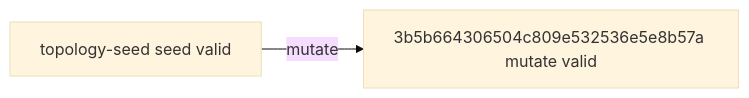
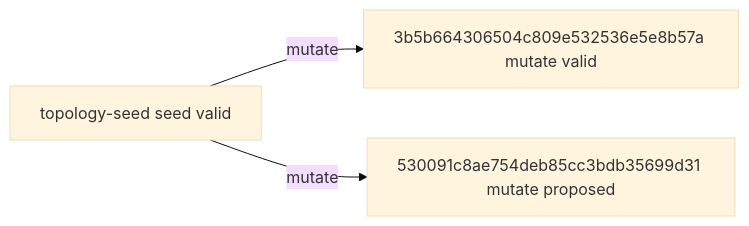
One commit to timbtz/feyer-search-lab changed the diagram in experiments/campaigns/layout-numerical-lane1/README.md. Above: the diagram before and after it, drawn with Mermaid (base theme). The commit also changed other lines of this file and 7 other files, not shown here.

````diff
--- a/experiments/campaigns/layout-numerical-lane1/README.md
+++ b/experiments/campaigns/layout-numerical-lane1/README.md
@@ -21,6 +21,8 @@
 ```mermaid
 graph LR
   n0["topology-seed seed valid"]
   n1["3b5b664306504c809e532536e5e8b57a mutate valid"]
+  n2["530091c8ae754deb85cc3bdb35699d31 mutate proposed"]
   n0 -->|mutate| n1
+  n0 -->|mutate| n2
 ```
````
